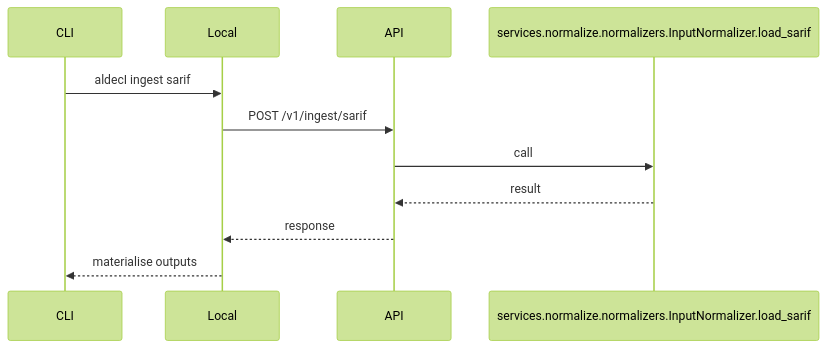
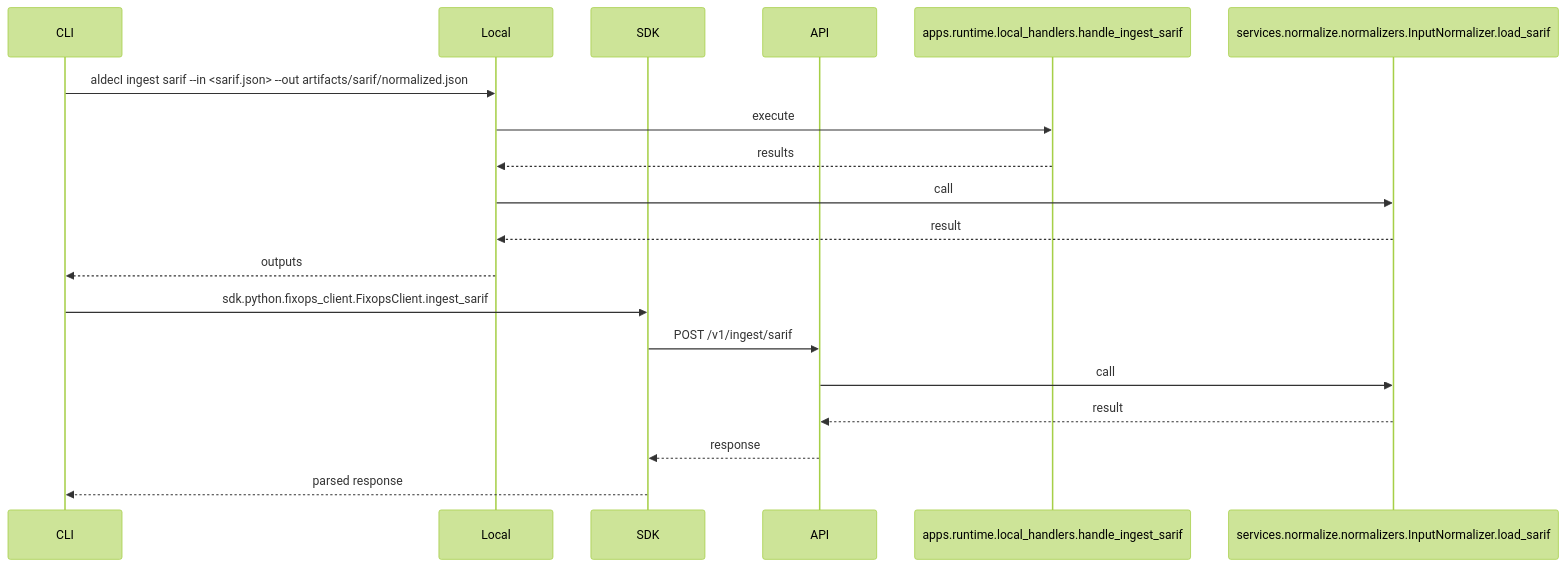
The diagram in docs/diagrams/seq_ingest_sarif.mmd (DevOpsMadDog/Aldeci), drawn with Mermaid (forest theme) before and after one commit. The commit also changed 52 other files, not shown here.

```diff
--- a/docs/diagrams/seq_ingest_sarif.mmd
+++ b/docs/diagrams/seq_ingest_sarif.mmd
@@ -1,11 +1,19 @@
 sequenceDiagram
     participant CLI
     participant Local
+    participant SDK
     participant API
-    CLI->>Local: aldecI ingest sarif
-    Local->>API: POST /v1/ingest/sarif
-    participant S885689 as services.normalize.normalizers.InputNormalizer.load_sarif
-    API->>S885689: call
-    S885689-->>API: result
-    API-->>Local: response
-    Local-->>CLI: materialise outputs
+    participant L866006 as apps.runtime.local_handlers.handle_ingest_sarif
+    participant S604400 as services.normalize.normalizers.InputNormalizer.load_sarif
+    CLI->>Local: aldecI ingest sarif --in <sarif.json> --out artifacts/sarif/normalized.json
+    Local->>L866006: execute
+    L866006-->>Local: results
+    Local->>S604400: call
+    S604400-->>Local: result
+    Local-->>CLI: outputs
+    CLI->>SDK: sdk.python.fixops_client.FixopsClient.ingest_sarif
+    SDK->>API: POST /v1/ingest/sarif
+    API->>S604400: call
+    S604400-->>API: result
+    API-->>SDK: response
+    SDK-->>CLI: parsed response
```
